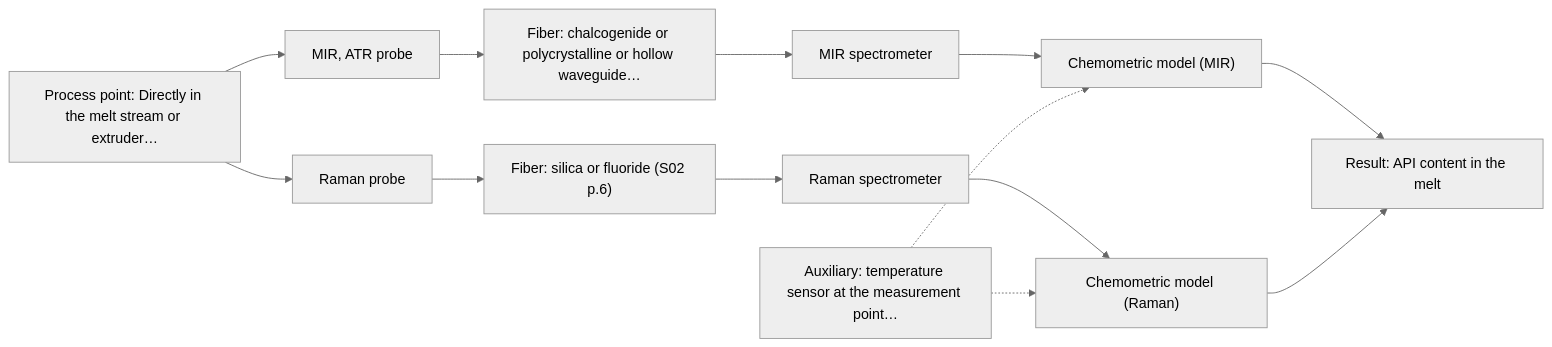
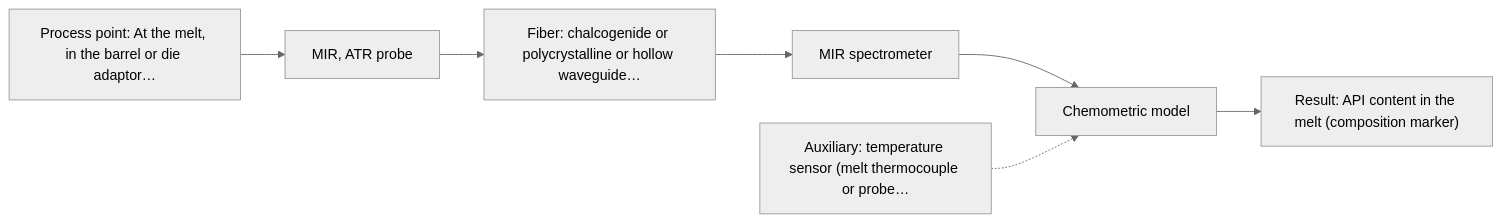
The first of 2 diagrams in outputs/dev/D07.md (sleipnir029/Afs-Spectroscopy-Assistant), drawn with Mermaid (neutral theme) before and after one commit. The commit also changed other lines of this file and 41 other files, not shown here.

````diff
--- a/outputs/dev/D07.md
+++ b/outputs/dev/D07.md
@@ -38,26 +38,16 @@
 ```mermaid
 flowchart LR
-    proc["Process point: Directly in the melt stream or extruder…"]
+    proc["Process point: At the melt, in the barrel or die adaptor…"]
     probe1["MIR, ATR probe"]
     fiber1["Fiber: chalcogenide or polycrystalline or hollow waveguide…"]
     spec1["MIR spectrometer"]
-    model1["Chemometric model (MIR)"]
-    probe2["Raman probe"]
-    fiber2["Fiber: silica or fluoride (S02 p.6)"]
-    spec2["Raman spectrometer"]
-    model2["Chemometric model (Raman)"]
-    result["Result: API content in the melt"]
-    aux1["Auxiliary: temperature sensor at the measurement point…"]
+    model["Chemometric model"]
+    result["Result: API content in the melt (composition marker)"]
+    aux1["Auxiliary: temperature sensor (melt thermocouple or probe…"]
     proc --> probe1
     probe1 --> fiber1
     fiber1 --> spec1
-    spec1 --> model1
-    proc --> probe2
-    probe2 --> fiber2
-    fiber2 --> spec2
-    spec2 --> model2
-    model1 --> result
-    model2 --> result
-    aux1 -.-> model1
-    aux1 -.-> model2
+    spec1 --> model
+    model --> result
+    aux1 -.-> model
 ```
````
